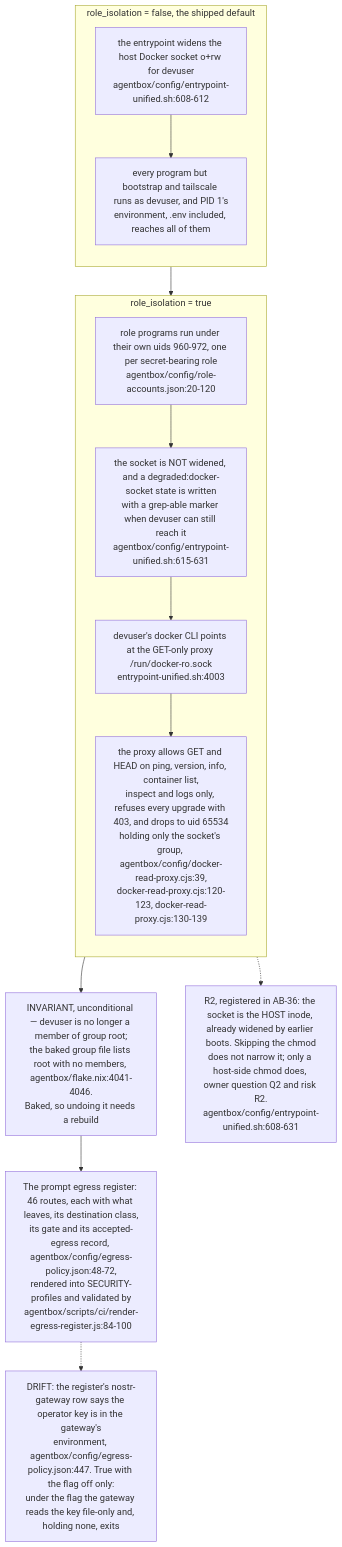
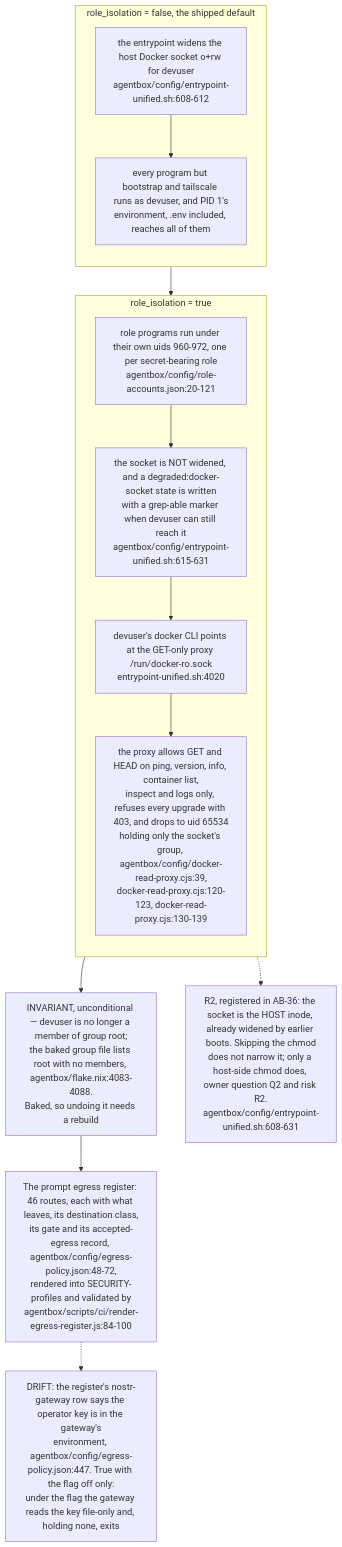
The tenth of 11 diagrams in docs/diagrams/estate/10-deployment-and-security-profiles.md (DreamLab-AI/VisionFlow), drawn with Mermaid before and after one commit. The commit also changed other lines of this file and 49 other files, not shown here.

First line of the commit message:
docs(diagrams): re-derive and re-stamp VisionClaw, estate, knowledge-graph, visionGraph, VisionFlow and sidestr topics

````diff
--- a/docs/diagrams/estate/10-deployment-and-security-profiles.md
+++ b/docs/diagrams/estate/10-deployment-and-security-profiles.md
@@ -404,24 +404,24 @@
 ```mermaid
 flowchart TB
     subgraph OFF["role_isolation = false, the shipped default"]
         direction TB
         O1["the entrypoint widens the host Docker socket o+rw for devuser<br/>agentbox/config/entrypoint-unified.sh:608-612"]
         O2["every program but bootstrap and tailscale runs as devuser, and PID 1's<br/>environment, .env included, reaches all of them"]
         O1 --> O2
     end
     subgraph ON["role_isolation = true"]
         direction TB
-        A1["role programs run under their own uids 960-972, one per secret-bearing role<br/>agentbox/config/role-accounts.json:20-120"]
+        A1["role programs run under their own uids 960-972, one per secret-bearing role<br/>agentbox/config/role-accounts.json:20-121"]
         A2["the socket is NOT widened, and a degraded:docker-socket state is written<br/>with a grep-able marker when devuser can still reach it<br/>agentbox/config/entrypoint-unified.sh:615-631"]
-        A3["devuser's docker CLI points at the GET-only proxy /run/docker-ro.sock<br/>entrypoint-unified.sh:4003"]
+        A3["devuser's docker CLI points at the GET-only proxy /run/docker-ro.sock<br/>entrypoint-unified.sh:4020"]
         A4["the proxy allows GET and HEAD on ping, version, info, container list,<br/>inspect and logs only, refuses every upgrade with 403, and drops to uid 65534<br/>holding only the socket's group, agentbox/config/docker-read-proxy.cjs:39,<br/>docker-read-proxy.cjs:120-123, docker-read-proxy.cjs:130-139"]
         A1 --> A2 --> A3 --> A4
     end
     OFF --> ON
-    GR["INVARIANT, unconditional — devuser is no longer a member of group root;<br/>the baked group file lists root with no members, agentbox/flake.nix:4041-4046.<br/>Baked, so undoing it needs a rebuild"]
+    GR["INVARIANT, unconditional — devuser is no longer a member of group root;<br/>the baked group file lists root with no members, agentbox/flake.nix:4083-4088.<br/>Baked, so undoing it needs a rebuild"]
     ON --> GR
     EG["The prompt egress register: 46 routes, each with what leaves, its destination class,<br/>its gate and its accepted-egress record, agentbox/config/egress-policy.json:48-72,<br/>rendered into SECURITY-profiles and validated by<br/>agentbox/scripts/ci/render-egress-register.js:84-100"]
     GR --> EG
     A2 -.-> OPEN2["R2, registered in AB-36: the socket is the HOST inode, already widened by earlier boots. Skipping the chmod<br/>does not narrow it; only a host-side chmod does, owner question Q2 and risk R2.<br/>agentbox/config/entrypoint-unified.sh:608-631"]
     EG -.-> DR["DRIFT: the register's nostr-gateway row says the operator key is in the gateway's<br/>environment, agentbox/config/egress-policy.json:447. True with the flag off only:<br/>under the flag the gateway reads the key file-only and, holding none, exits"]
 ```
````
